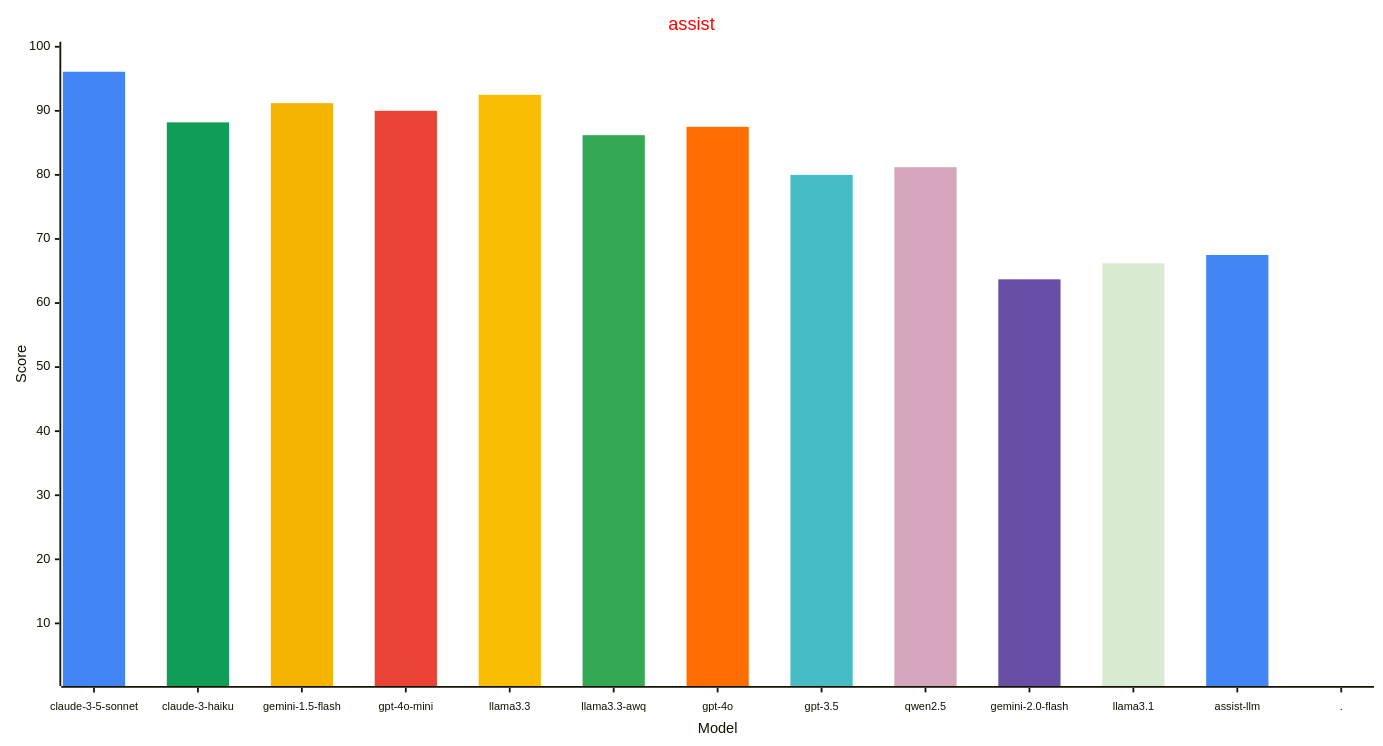
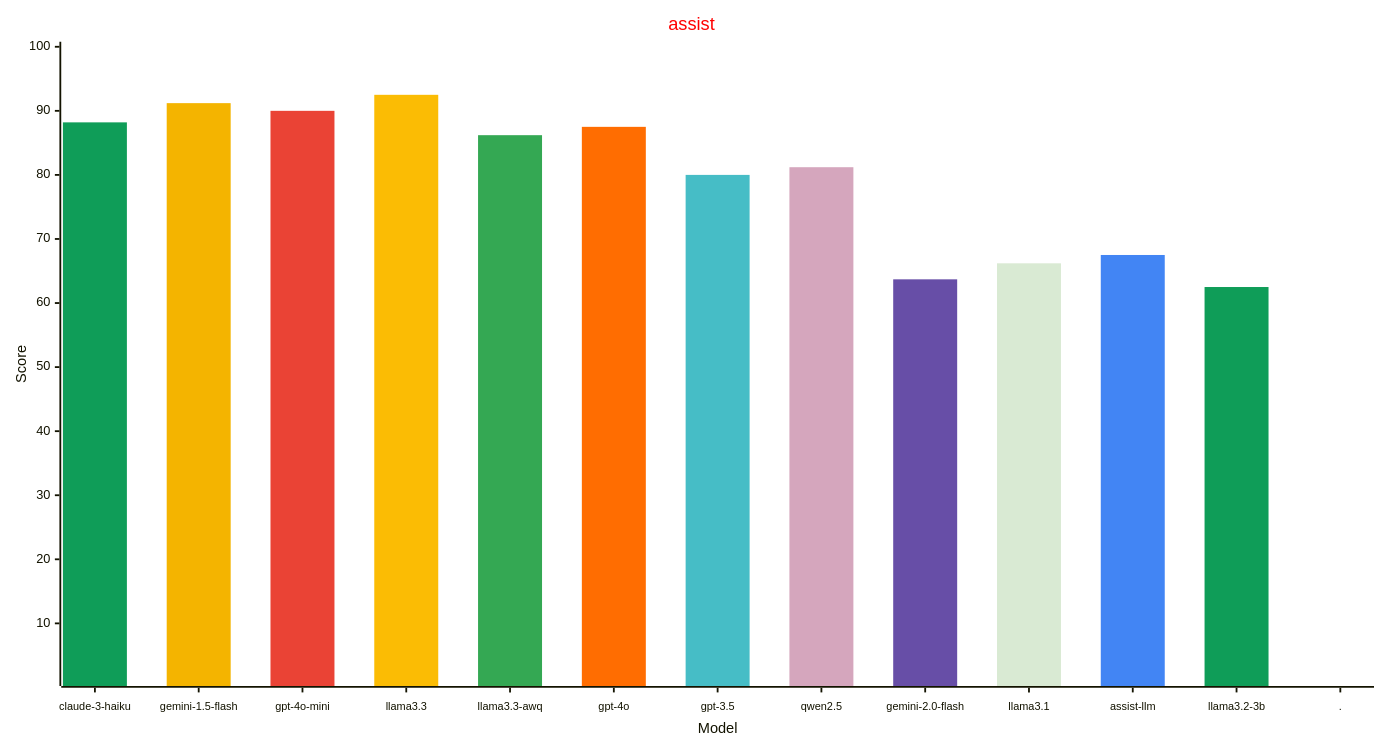
One commit to allenporter/home-assistant-datasets changed the third of 3 diagrams in reports/README.md. Above: the diagram before and after it, drawn with Mermaid. The commit also changed other lines of this file and 131 other files, not shown here.

Commit message:
Remove incorrect claude 3.5 sonnet report

````diff
--- a/reports/README.md
+++ b/reports/README.md
@@ -140,33 +140,33 @@
 ```mermaid
 ---
 config:
     xyChart:
         width: 1500
         height: 800
         xAxis:
           labelFontSize: 12
           labelPadding: 8
     themeVariables:
         xyChart:
             titleColor: "#ff0000"
-            plotColorPalette: "#4285f4, #0f9d58, #f4b400, #ea4335, #fbbc04, #34a853, #ff6d01, #46bdc6, #d5a6bd, #674ea7, #d9ead3, #4285f4, #4285f4"
+            plotColorPalette: "#0f9d58, #f4b400, #ea4335, #fbbc04, #34a853, #ff6d01, #46bdc6, #d5a6bd, #674ea7, #d9ead3, #4285f4, #0f9d58, #4285f4"
 
 ---
 xychart-beta
   title "assist"
-  x-axis "Model" [claude-3-5-sonnet, claude-3-haiku, gemini-1.5-flash, gpt-4o-mini, llama3.3, llama3.3-awq, gpt-4o, gpt-3.5, qwen2.5, gemini-2.0-flash, llama3.1, assist-llm, .]
+  x-axis "Model" [claude-3-haiku, gemini-1.5-flash, gpt-4o-mini, llama3.3, llama3.3-awq, gpt-4o, gpt-3.5, qwen2.5, gemini-2.0-flash, llama3.1, assist-llm, llama3.2-3b, .]
   y-axis "Score" 1 --> 100
-  bar [96.1, 0.0, 0.0, 0.0, 0.0, 0.0, 0.0, 0.0, 0.0, 0.0, 0.0, 0.0, 0.0]
-  bar [0.0, 88.2, 0.0, 0.0, 0.0, 0.0, 0.0, 0.0, 0.0, 0.0, 0.0, 0.0, 0.0]
-  bar [0.0, 0.0, 91.2, 0.0, 0.0, 0.0, 0.0, 0.0, 0.0, 0.0, 0.0, 0.0, 0.0]
-  bar [0.0, 0.0, 0.0, 90.0, 0.0, 0.0, 0.0, 0.0, 0.0, 0.0, 0.0, 0.0, 0.0]
-  bar [0.0, 0.0, 0.0, 0.0, 92.5, 0.0, 0.0, 0.0, 0.0, 0.0, 0.0, 0.0, 0.0]
-  bar [0.0, 0.0, 0.0, 0.0, 0.0, 86.2, 0.0, 0.0, 0.0, 0.0, 0.0, 0.0, 0.0]
-  bar [0.0, 0.0, 0.0, 0.0, 0.0, 0.0, 87.5, 0.0, 0.0, 0.0, 0.0, 0.0, 0.0]
-  bar [0.0, 0.0, 0.0, 0.0, 0.0, 0.0, 0.0, 80.0, 0.0, 0.0, 0.0, 0.0, 0.0]
-  bar [0.0, 0.0, 0.0, 0.0, 0.0, 0.0, 0.0, 0.0, 81.2, 0.0, 0.0, 0.0, 0.0]
-  bar [0.0, 0.0, 0.0, 0.0, 0.0, 0.0, 0.0, 0.0, 0.0, 63.7, 0.0, 0.0, 0.0]
-  bar [0.0, 0.0, 0.0, 0.0, 0.0, 0.0, 0.0, 0.0, 0.0, 0.0, 66.2, 0.0, 0.0]
-  bar [0.0, 0.0, 0.0, 0.0, 0.0, 0.0, 0.0, 0.0, 0.0, 0.0, 0.0, 67.5, 0.0]
+  bar [88.2, 0.0, 0.0, 0.0, 0.0, 0.0, 0.0, 0.0, 0.0, 0.0, 0.0, 0.0, 0.0]
+  bar [0.0, 91.2, 0.0, 0.0, 0.0, 0.0, 0.0, 0.0, 0.0, 0.0, 0.0, 0.0, 0.0]
+  bar [0.0, 0.0, 90.0, 0.0, 0.0, 0.0, 0.0, 0.0, 0.0, 0.0, 0.0, 0.0, 0.0]
+  bar [0.0, 0.0, 0.0, 92.5, 0.0, 0.0, 0.0, 0.0, 0.0, 0.0, 0.0, 0.0, 0.0]
+  bar [0.0, 0.0, 0.0, 0.0, 86.2, 0.0, 0.0, 0.0, 0.0, 0.0, 0.0, 0.0, 0.0]
+  bar [0.0, 0.0, 0.0, 0.0, 0.0, 87.5, 0.0, 0.0, 0.0, 0.0, 0.0, 0.0, 0.0]
+  bar [0.0, 0.0, 0.0, 0.0, 0.0, 0.0, 80.0, 0.0, 0.0, 0.0, 0.0, 0.0, 0.0]
+  bar [0.0, 0.0, 0.0, 0.0, 0.0, 0.0, 0.0, 81.2, 0.0, 0.0, 0.0, 0.0, 0.0]
+  bar [0.0, 0.0, 0.0, 0.0, 0.0, 0.0, 0.0, 0.0, 63.7, 0.0, 0.0, 0.0, 0.0]
+  bar [0.0, 0.0, 0.0, 0.0, 0.0, 0.0, 0.0, 0.0, 0.0, 66.2, 0.0, 0.0, 0.0]
+  bar [0.0, 0.0, 0.0, 0.0, 0.0, 0.0, 0.0, 0.0, 0.0, 0.0, 67.5, 0.0, 0.0]
+  bar [0.0, 0.0, 0.0, 0.0, 0.0, 0.0, 0.0, 0.0, 0.0, 0.0, 0.0, 62.5, 0.0]
   bar [0.0, 0.0, 0.0, 0.0, 0.0, 0.0, 0.0, 0.0, 0.0, 0.0, 0.0, 0.0, -1.0]
 ```
````
